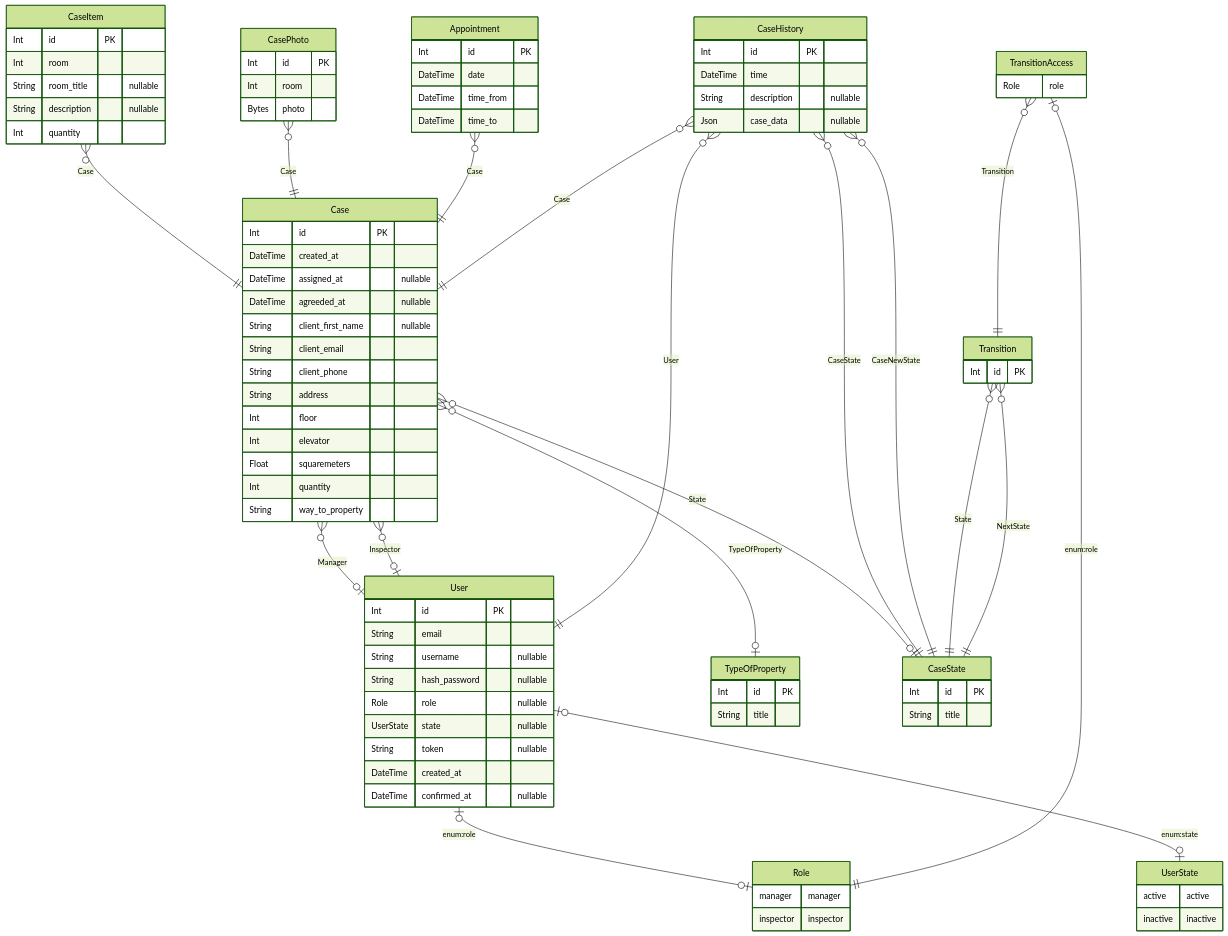
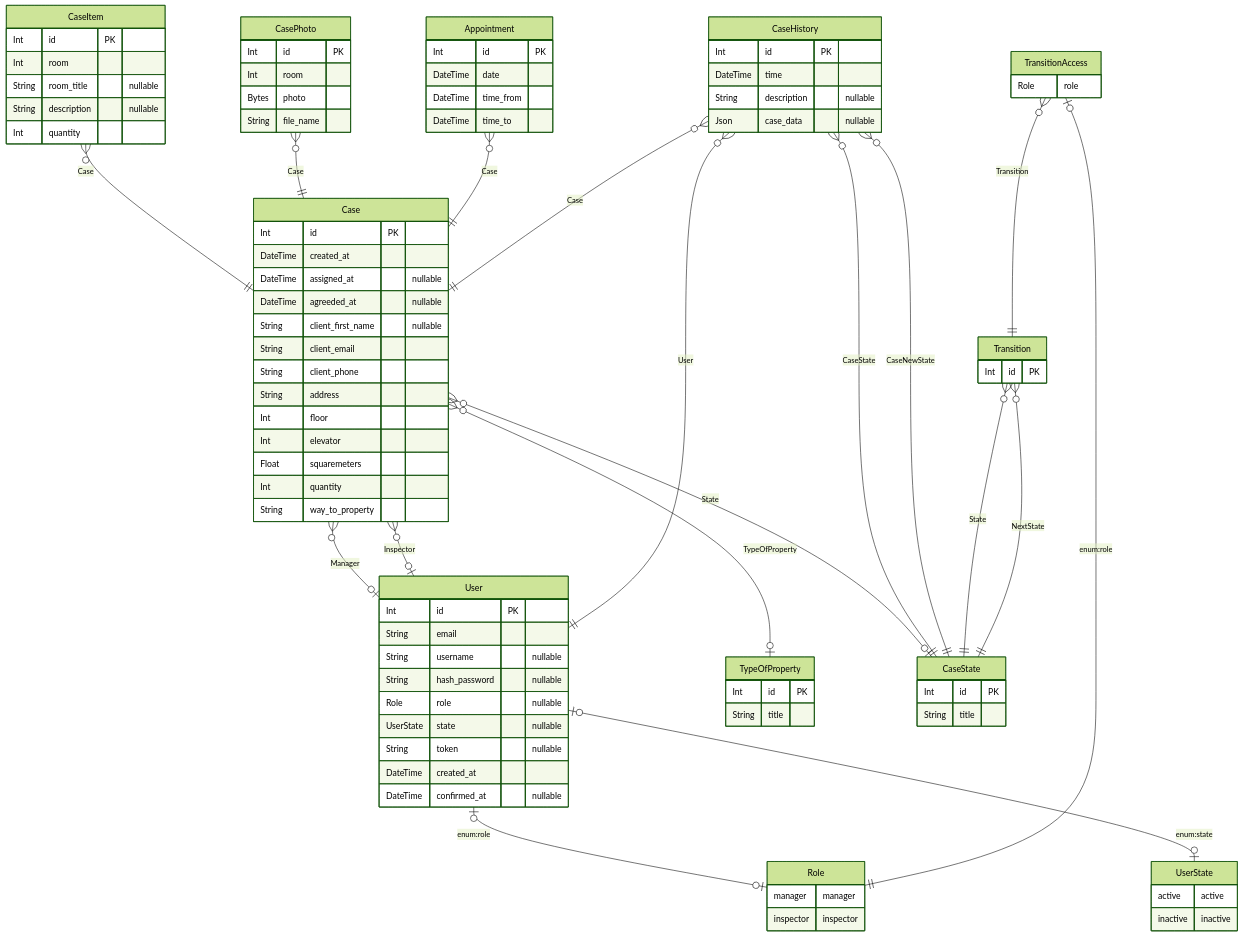
Before and after one commit to arkadiyshin/remondis-backend: the diagram in prisma/ERD.md, drawn with Mermaid (forest theme). The commit also changed 10 other files, not shown here.

Commit message:
Refactored case schemas and added one handler for list of cases

```diff
--- a/prisma/ERD.md
+++ b/prisma/ERD.md
@@ -68,6 +68,7 @@
     Int id PK 
     Int room  
     Bytes photo  
+    String file_name  
     }
   
 
```
